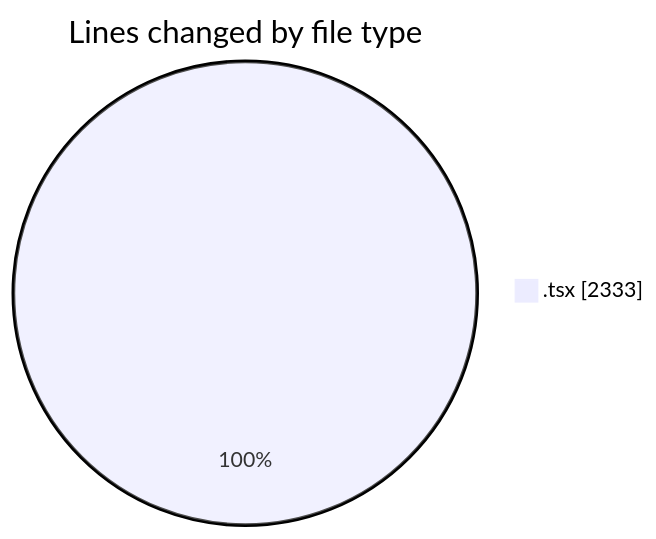
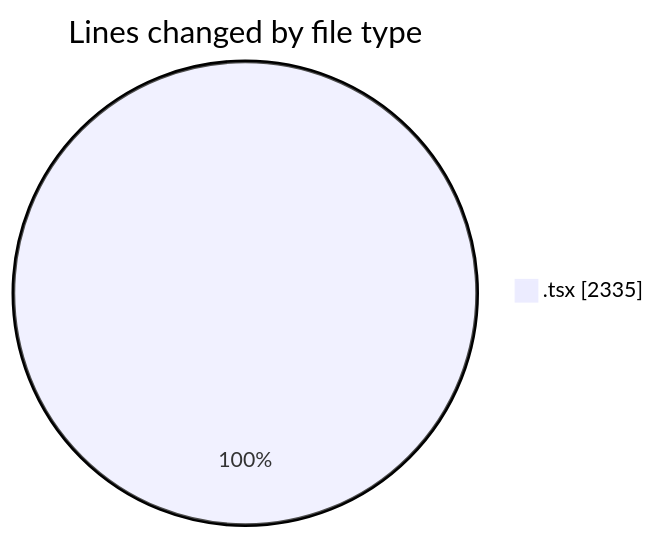
Before and after one commit to Elitesun/code-tracking: the first of 2 diagrams in 2025-05-07/niten/README.md, drawn with Mermaid. The commit also changed other lines of this file and 1 other file, not shown here.

````diff
--- a/2025-05-07/niten/README.md
+++ b/2025-05-07/niten/README.md
@@ -41,5 +41,5 @@
 ```mermaid
 pie showData
 title Lines changed by file type
-".tsx" : 2333
+".tsx" : 2335
 ```
````
